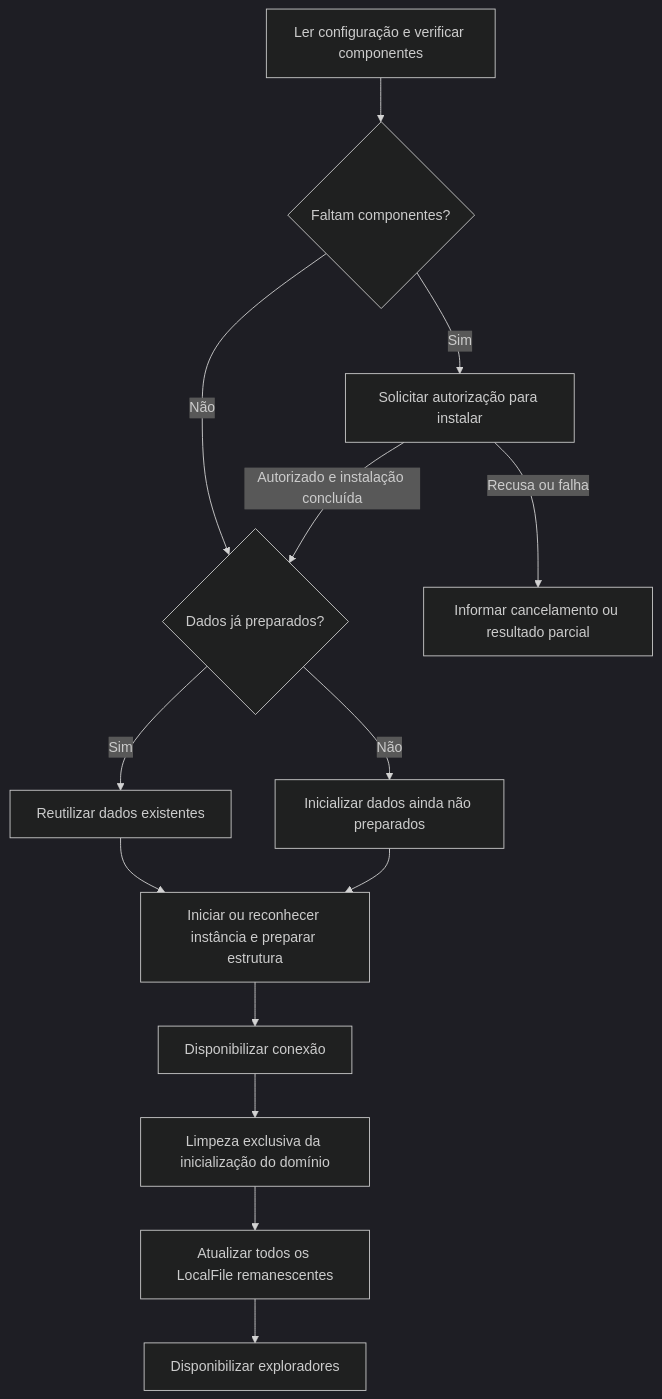
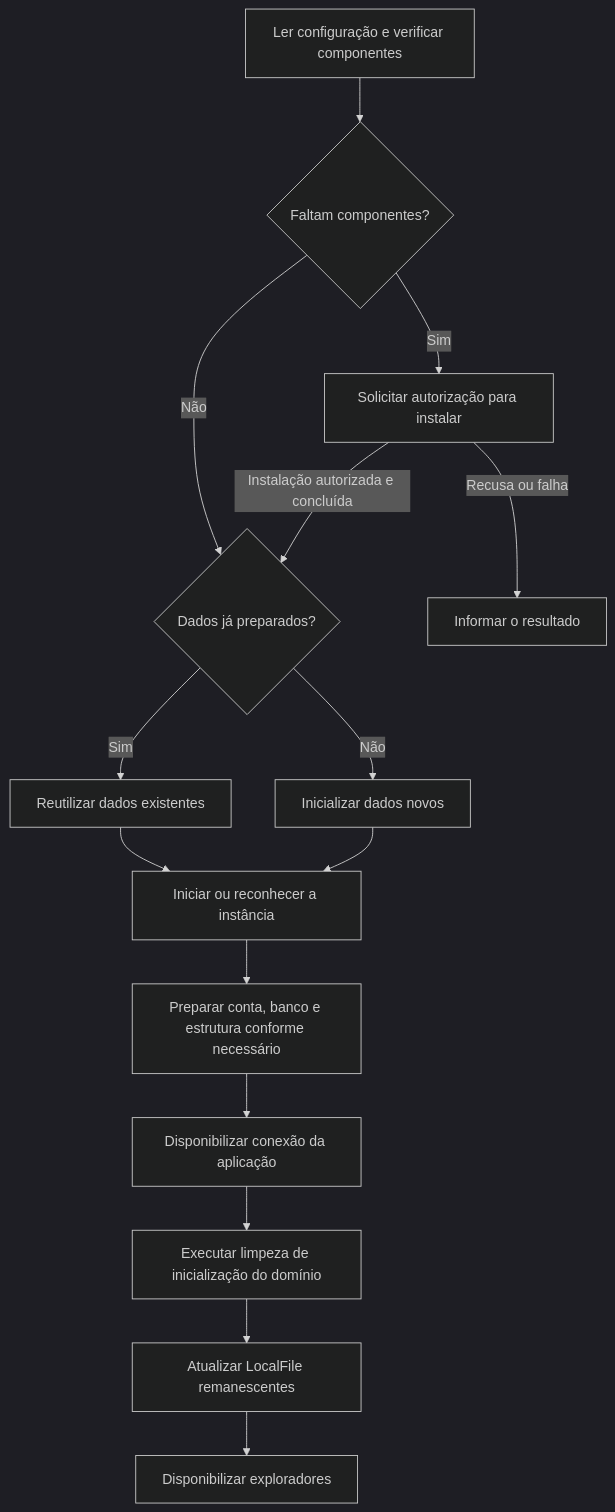
The diagram in doc/instalacao-e-execucao.md (ARS1802/tag-file), drawn with Mermaid (dark theme) before and after one commit. The commit also changed other lines of this file and 53 other files, not shown here.

Commit message:
Added diagrams and cleaned docs.

````diff
--- a/doc/instalacao-e-execucao.md
+++ b/doc/instalacao-e-execucao.md
@@ -241,16 +113,17 @@
 ```mermaid
 flowchart TD
     A["Ler configuração e verificar componentes"] --> B{"Faltam componentes?"}
     B -->|"Sim"| C["Solicitar autorização para instalar"]
-    C -->|"Autorizado e instalação concluída"| D{"Dados já preparados?"}
-    C -->|"Recusa ou falha"| X["Informar cancelamento ou resultado parcial"]
+    C -->|"Instalação autorizada e concluída"| D{"Dados já preparados?"}
+    C -->|"Recusa ou falha"| X["Informar o resultado"]
     B -->|"Não"| D
-    D -->|"Não"| I["Inicializar dados ainda não preparados"]
+    D -->|"Não"| I["Inicializar dados novos"]
     D -->|"Sim"| R["Reutilizar dados existentes"]
-    I --> S["Iniciar ou reconhecer instância e preparar estrutura"]
+    I --> S["Iniciar ou reconhecer a instância"]
     R --> S
-    S --> Q["Disponibilizar conexão"]
-    Q --> L["Limpeza exclusiva da inicialização do domínio"]
-    L --> M["Atualizar todos os LocalFile remanescentes"]
+    S --> Q["Preparar conta, banco e estrutura conforme necessário"]
+    Q --> K["Disponibilizar conexão da aplicação"]
+    K --> L["Executar limpeza de inicialização do domínio"]
+    L --> M["Atualizar LocalFile remanescentes"]
     M --> V["Disponibilizar exploradores"]
 ```
````
